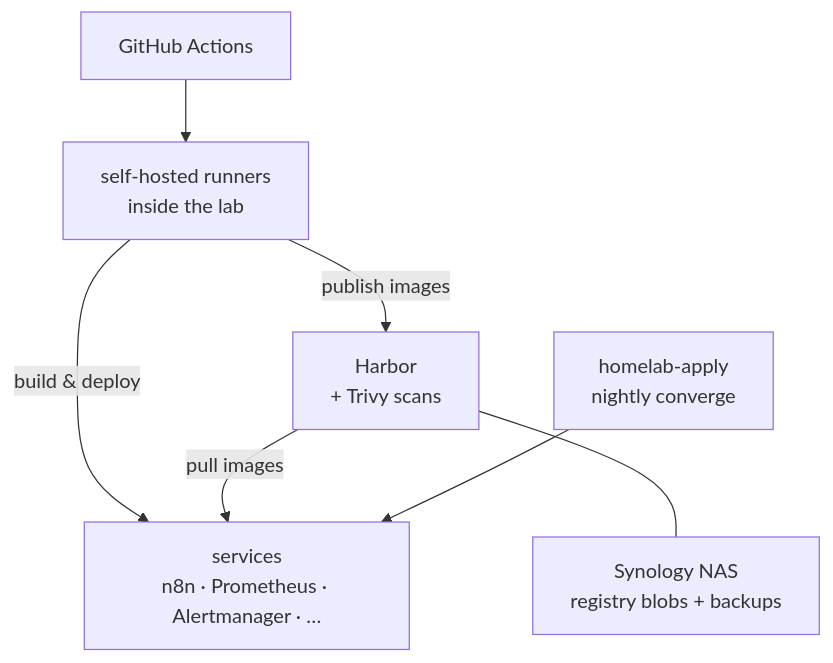
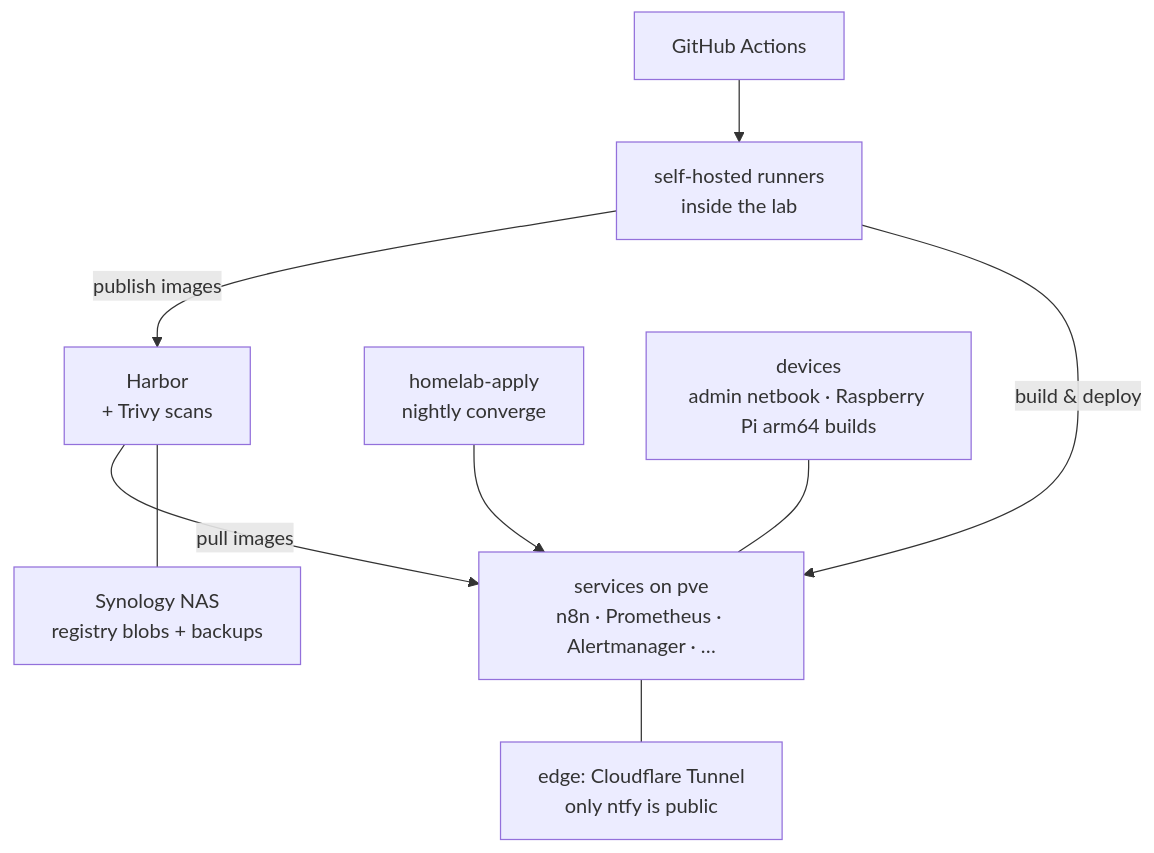
Before and after one commit to racknroll/.github: the second of 2 diagrams in profile/README.md, drawn with Mermaid.

Commit message:
docs(profile): the lab diagram shows pve, the edge tunnel and the devices
The diagram jumped from runners to services without showing that the services run
on pve, that the only public path is ntfy through the Cloudflare Tunnel edge, and
that the devices (admin netbook, Raspberry Pi arm64 builds) hang off the same lab.

````diff
--- a/profile/README.md
+++ b/profile/README.md
@@ -62,9 +62,11 @@
 ```mermaid
 flowchart TB
     GH["GitHub Actions"] --> R["self-hosted runners<br/>inside the lab"]
     R -- "publish images" --> H["Harbor<br/>+ Trivy scans"]
-    R -- "build & deploy" --> S["services<br/>n8n · Prometheus · Alertmanager · …"]
+    R -- "build & deploy" --> S["services on pve<br/>n8n · Prometheus · Alertmanager · …"]
     H -- "pull images" --> S
     A["homelab-apply<br/>nightly converge"] --> S
     H --- NAS["Synology NAS<br/>registry blobs + backups"]
+    S --- E["edge: Cloudflare Tunnel<br/>only ntfy is public"]
+    D["devices<br/>admin netbook · Raspberry Pi arm64 builds"] --- S
 ```
````
